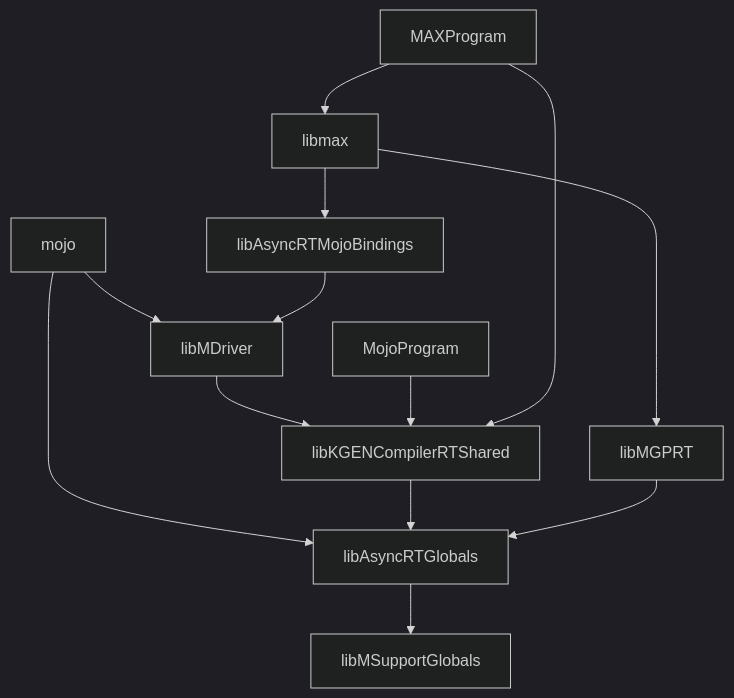
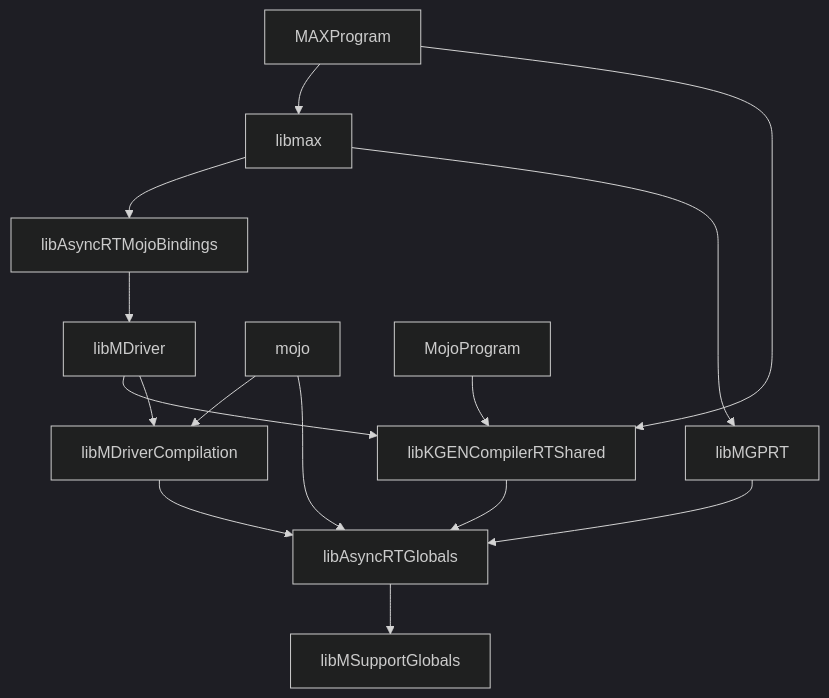
One commit to modular/modular changed the diagram in bazel/docs/dynamic-linking.md. Above: the diagram before and after it, drawn with Mermaid (dark theme). The commit also changed other lines of this file and 44 other files, not shown here.

````diff
--- a/bazel/docs/dynamic-linking.md
+++ b/bazel/docs/dynamic-linking.md
@@ -59,24 +61,27 @@
 ```mermaid
 graph TD
     libAsyncRTGlobals
     libMSupportGlobals
     libKGENCompilerRTShared
     libAsyncRTMojoBindings
     libMDriver
+    libMDriverCompilation
     libMGPRT
     libmax
     mojo
 
     mojo --> libAsyncRTGlobals
-    mojo --> libMDriver
+    mojo --> libMDriverCompilation
     libAsyncRTGlobals --> libMSupportGlobals
     libKGENCompilerRTShared --> libAsyncRTGlobals
+    libMDriverCompilation --> libAsyncRTGlobals
+    libMDriver --> libMDriverCompilation
     libMDriver --> libKGENCompilerRTShared
     libAsyncRTMojoBindings --> libMDriver
     libmax --> libMGPRT
     libmax --> libAsyncRTMojoBindings
     libMGPRT --> libAsyncRTGlobals
     MojoProgram --> libKGENCompilerRTShared
     MAXProgram --> libKGENCompilerRTShared
     MAXProgram --> libmax
 ```
````
